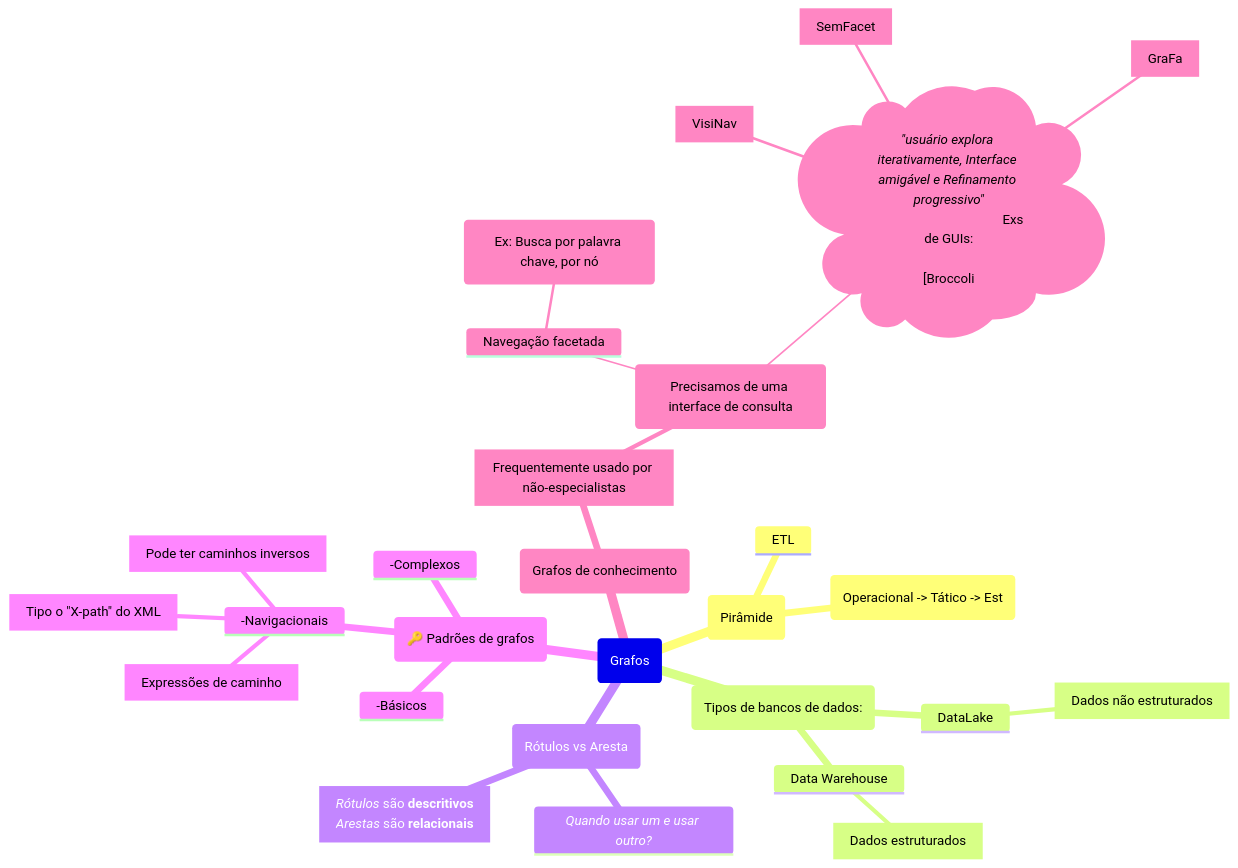
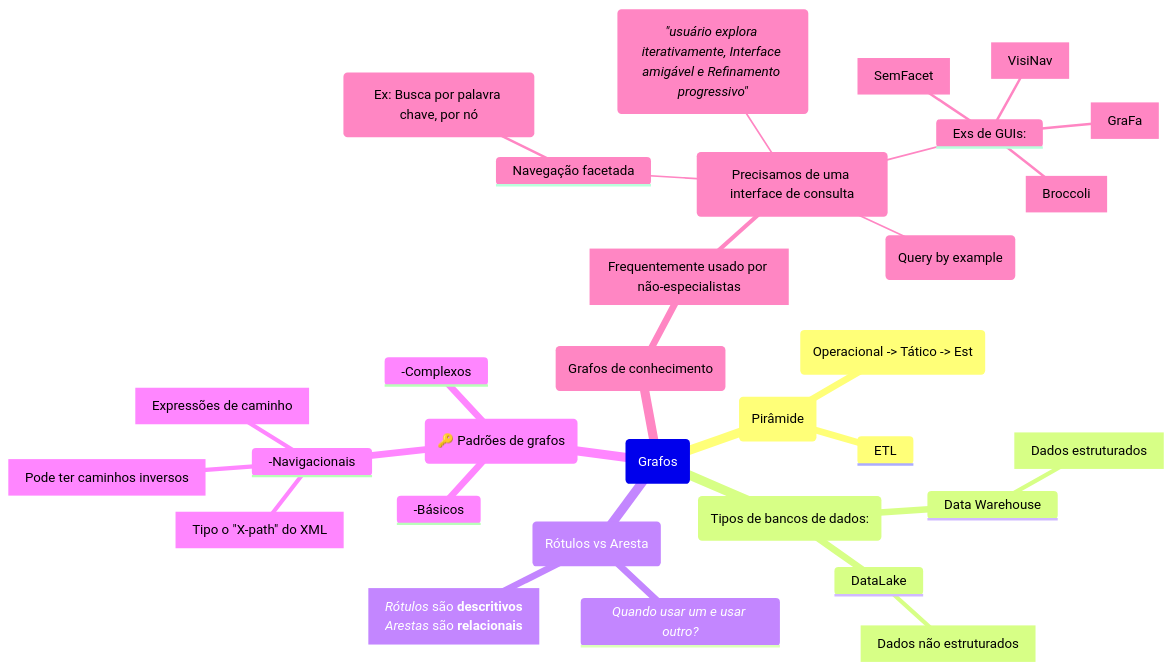
The diagram in Mestrado/Segundo Semestre/SIN5033 - Grafos de conhecimento e Ontologias/Anotações/De Aulas/Aula do dia 2026 04 08.md (Igorino/joplin-notes), drawn with Mermaid before and after one commit.

Commit message:
Exported on 2026-04-08_16-10-51

````diff
--- a/Mestrado/Segundo Semestre/SIN5033 - Grafos de conhecimento e Ontologias/Anotações/De Aulas/Aula do dia 2026 04 08.md
+++ b/Mestrado/Segundo Semestre/SIN5033 - Grafos de conhecimento e Ontologias/Anotações/De Aulas/Aula do dia 2026 04 08.md
@@ -1,41 +1,42 @@
 ```mermaid
 mindmap
 	Root(Grafos)
 		(Pirâmide)
 			("Operacional -> Tático -> Est")
 			ETL
 
 		(Tipos de bancos de dados:)		
 			DataLake
 				[Dados não estruturados]
 			Data Warehouse
 				[Dados estruturados]
 
 		(Rótulos vs Aresta)
 			*Quando usar um e usar outro?*
 			[*Rótulos* são **descritivos**
 			*Arestas* são **relacionais**]
 
 		(🔑 Padrões de grafos)
 			-Básicos
 			-Complexos
 			-Navigacionais
 				[Tipo o "X-path" do XML]
 				["Expressões de caminho"]
 				[Pode ter caminhos inversos]
 
 		(Grafos de conhecimento)
 			[Frequentemente usado por não-especialistas]
 				(Precisamos de uma interface de consulta)
 					Navegação facetada
 						(Ex: Busca por palavra chave, por nó)
-					(*"usuário explora iterativamente, Interface amigável e Refinamento progressivo"*
+					(*"usuário explora iterativamente, Interface amigável e Refinamento progressivo"*)
+					("Query by example")
 					Exs de GUIs:
 						[Broccoli]
 						[VisiNav]
 						[SemFacet]
 						[GraFa]
 
 
 			
 ```
````
